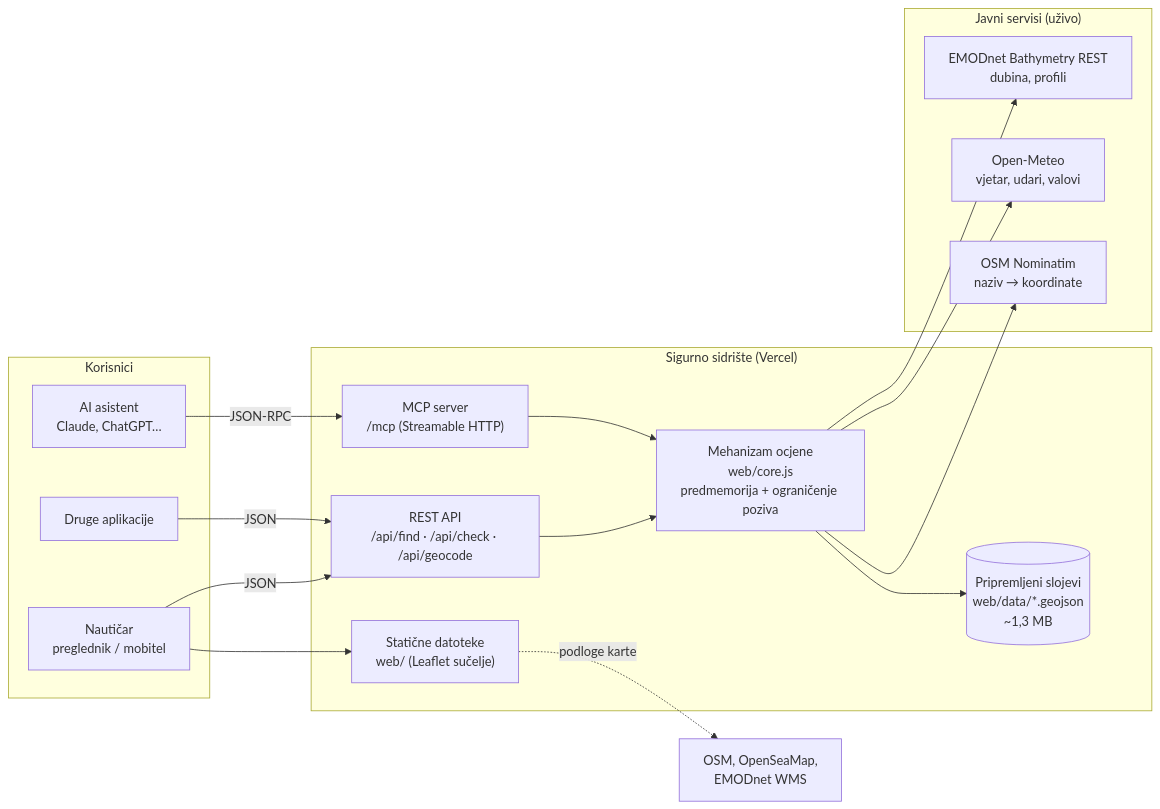
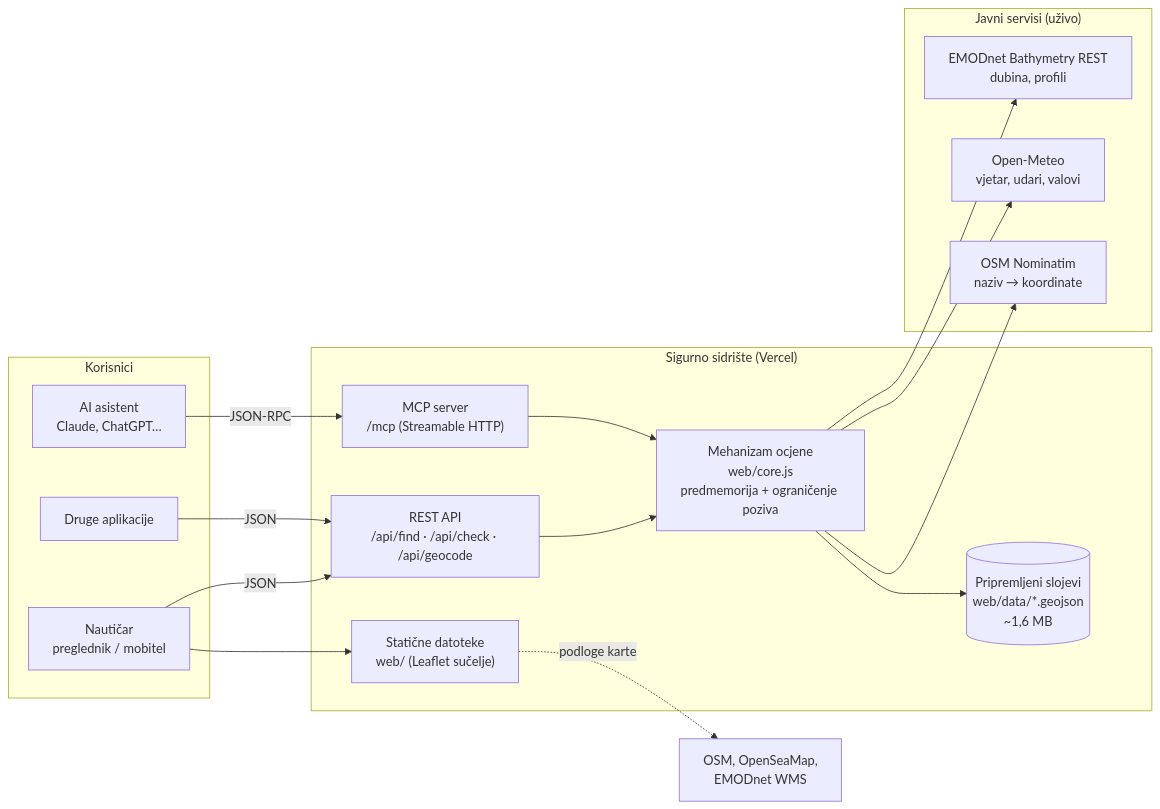
Before and after one commit to LovroBlagic/sigurno-sidriste: the first of 3 diagrams in docs/ARHITEKTURA.md, drawn with Mermaid. The commit also changed other lines of this file and 9 other files, not shown here.

````diff
--- a/docs/ARHITEKTURA.md
+++ b/docs/ARHITEKTURA.md
@@ -7,34 +7,34 @@
 ```mermaid
 flowchart LR
   subgraph Korisnici
     U[Nautičar<br/>preglednik / mobitel]
     AI[AI asistent<br/>Claude, ChatGPT…]
     EXT[Druge aplikacije]
   end
 
   subgraph Vercel["Sigurno sidrište (Vercel)"]
     WEB["Statične datoteke<br/>web/ (Leaflet sučelje)"]
-    LAY[("Pripremljeni slojevi<br/>web/data/*.geojson<br/>~1,3 MB")]
+    LAY[("Pripremljeni slojevi<br/>web/data/*.geojson<br/>~1,6 MB")]
     API["REST API<br/>/api/find · /api/check · /api/geocode"]
     MCP["MCP server<br/>/mcp (Streamable HTTP)"]
     ENG["Mehanizam ocjene<br/>web/core.js<br/>predmemorija + ograničenje poziva"]
   end
 
   subgraph Uzivo["Javni servisi (uživo)"]
     BATH[EMODnet Bathymetry REST<br/>dubina, profili]
     OM[Open-Meteo<br/>vjetar, udari, valovi]
     NOM[OSM Nominatim<br/>naziv → koordinate]
   end
 
   U --> WEB
   U -->|JSON| API
   EXT -->|JSON| API
   AI -->|JSON-RPC| MCP
   API --> ENG
   MCP --> ENG
   ENG --> LAY
   ENG --> BATH
   ENG --> OM
   ENG --> NOM
   WEB -. podloge karte .-> TILES[OSM, OpenSeaMap,<br/>EMODnet WMS]
 ```
````
